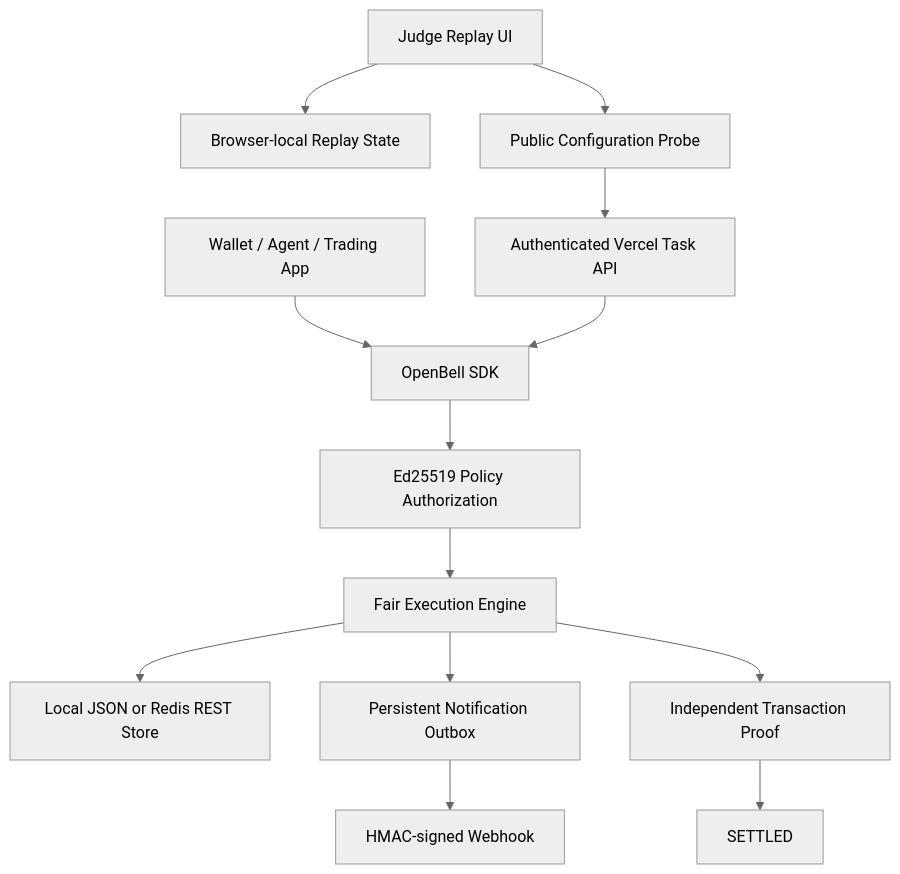
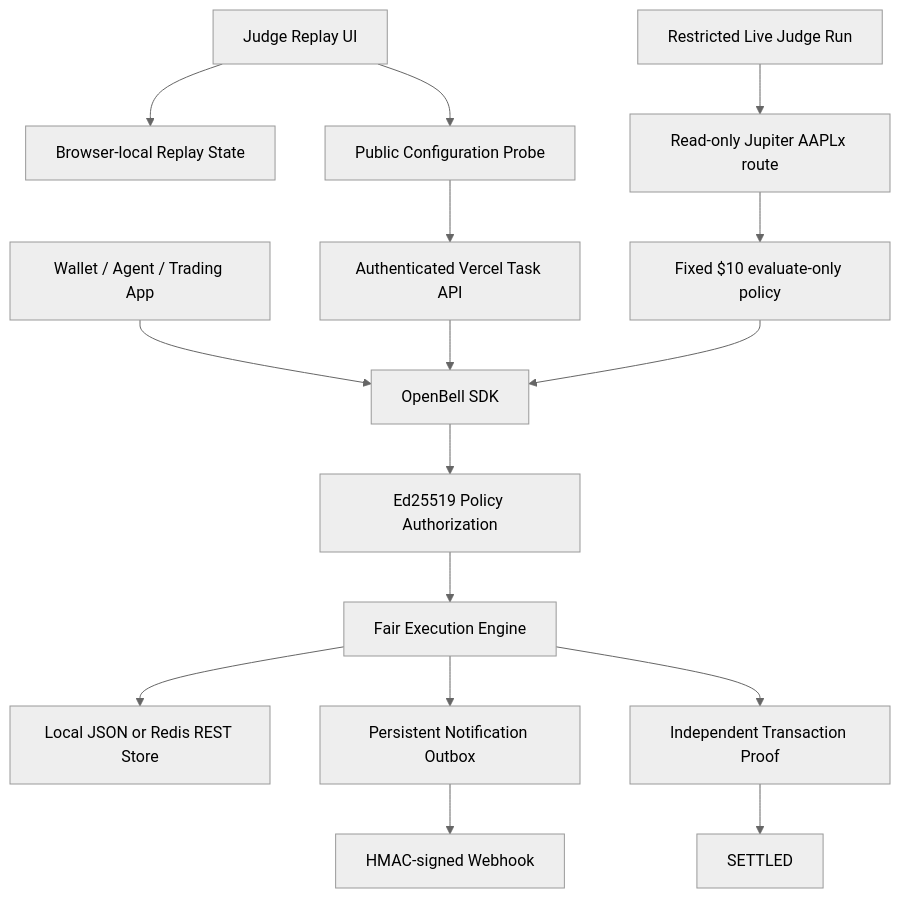
One commit to 0xCaptain888/openbell-solana changed the second of 2 diagrams in docs/architecture.md. Above: the diagram before and after it, drawn with Mermaid (neutral theme). The commit also changed other lines of this file and 22 other files, not shown here.

Commit message:
feat: ship restricted live judge control plane

````diff
--- a/docs/architecture.md
+++ b/docs/architecture.md
@@ -22,15 +22,18 @@
 ```mermaid
 flowchart TB
   APP[Wallet / Agent / Trading App] --> SDK[OpenBell SDK]
   API[Authenticated Vercel Task API] --> SDK
   SDK --> AUTH[Ed25519 Policy Authorization]
   AUTH --> ENGINE[Fair Execution Engine]
   ENGINE --> STORE[Local JSON or Redis REST Store]
   ENGINE --> OUTBOX[Persistent Notification Outbox]
   OUTBOX --> WEBHOOK[HMAC-signed Webhook]
   ENGINE --> PROOF[Independent Transaction Proof]
   PROOF --> SETTLED[SETTLED]
   UI[Judge Replay UI] --> LOCAL[Browser-local Replay State]
   UI --> STATUS[Public Configuration Probe]
   STATUS --> API
+  LIVE[Restricted Live Judge Run] --> QUOTE[Read-only Jupiter AAPLx route]
+  QUOTE --> LIMIT[Fixed $10 evaluate-only policy]
+  LIMIT --> SDK
 ```
````
